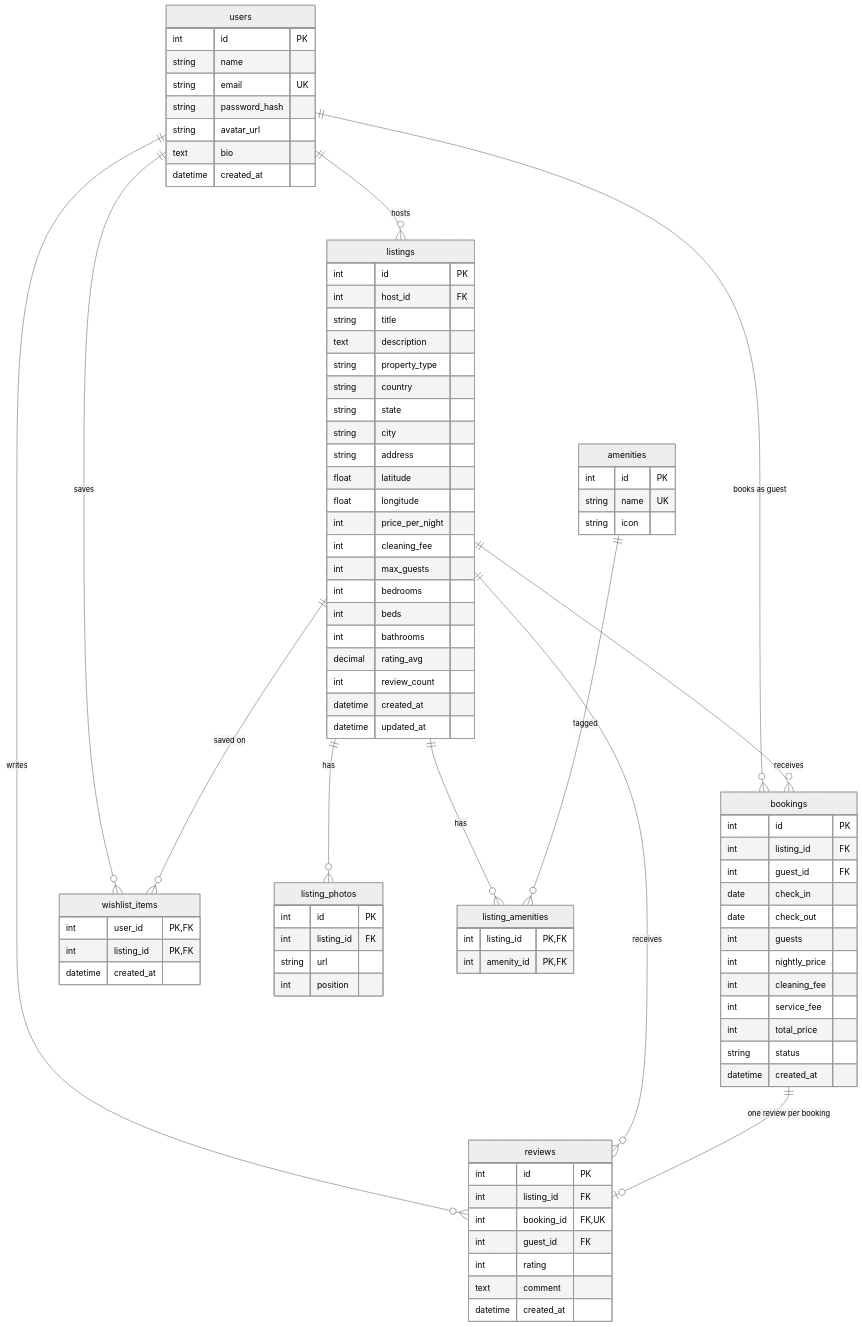
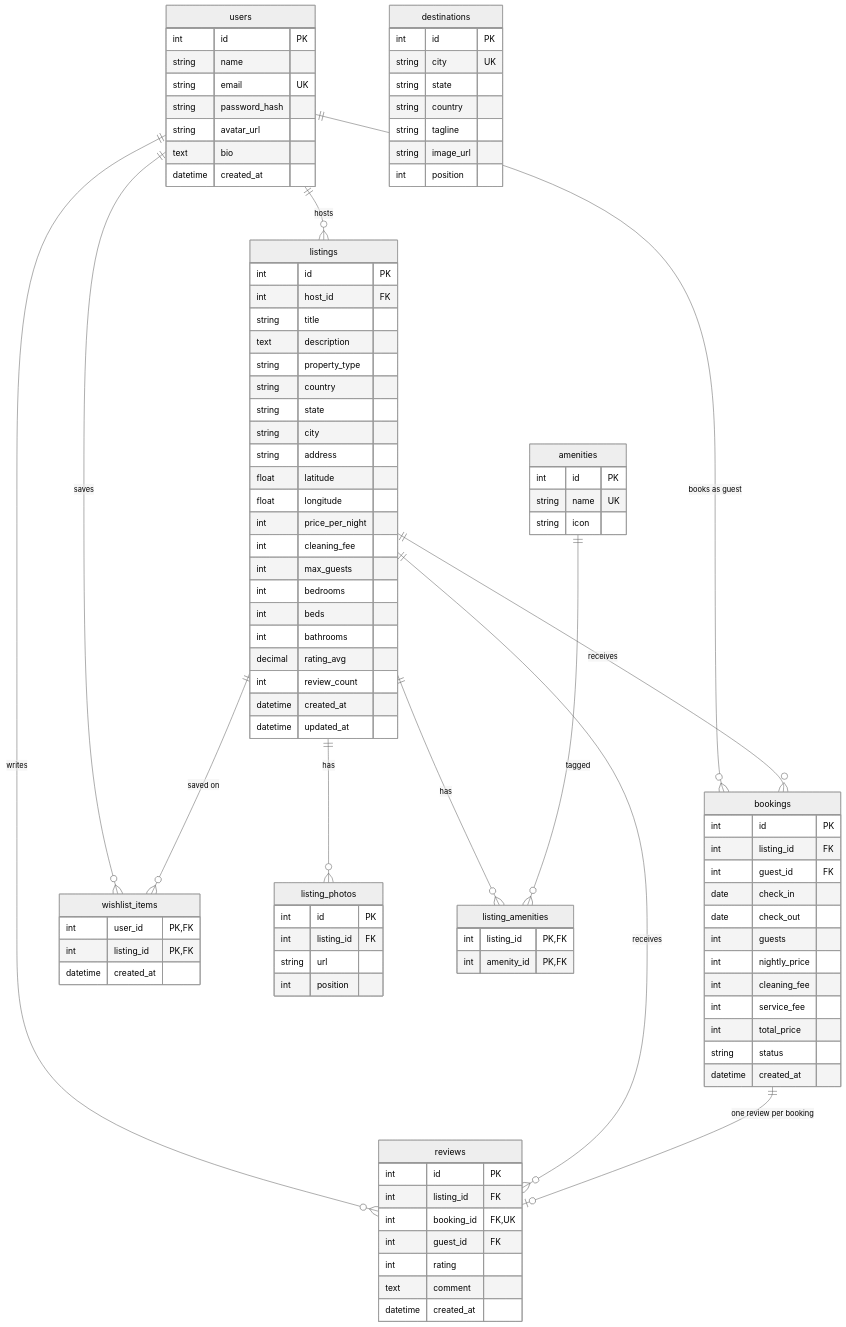
One commit to yaswanthp2005/airbnb_clone changed the second of 2 diagrams in README.md. Above: the diagram before and after it, drawn with Mermaid (neutral theme). The commit also changed other lines of this file and 56 other files, not shown here.

````diff
--- a/README.md
+++ b/README.md
@@ -286,4 +287,14 @@
         int listing_id PK,FK
         datetime created_at
     }
+
+    destinations {
+        int id PK
+        string city UK
+        string state
+        string country
+        string tagline
+        string image_url
+        int position
+    }
 ```
````
